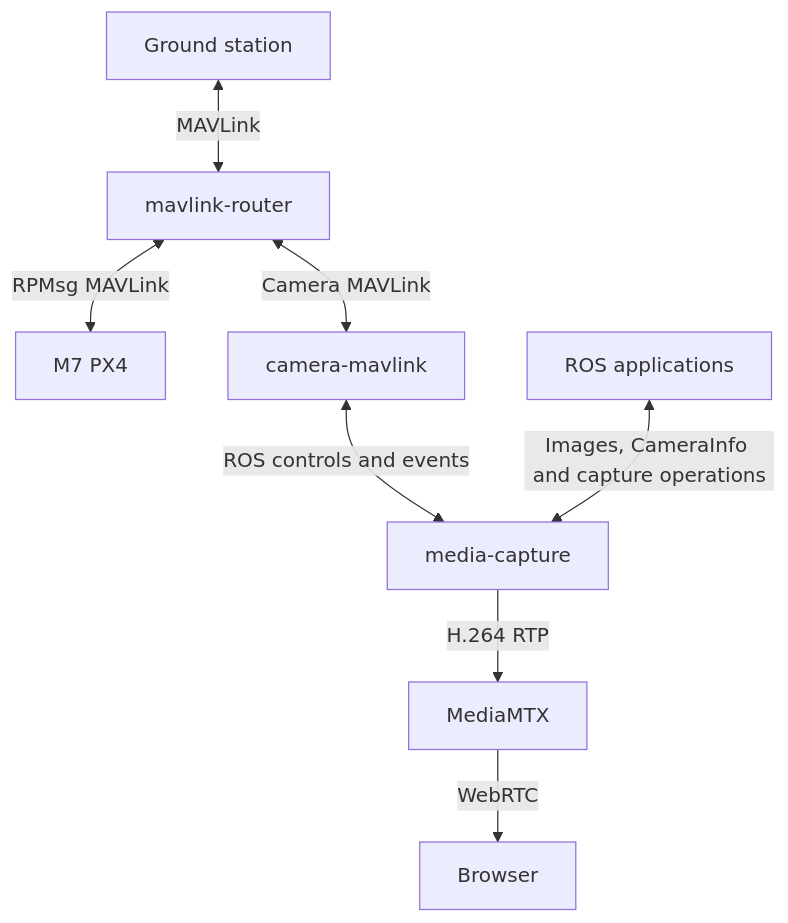
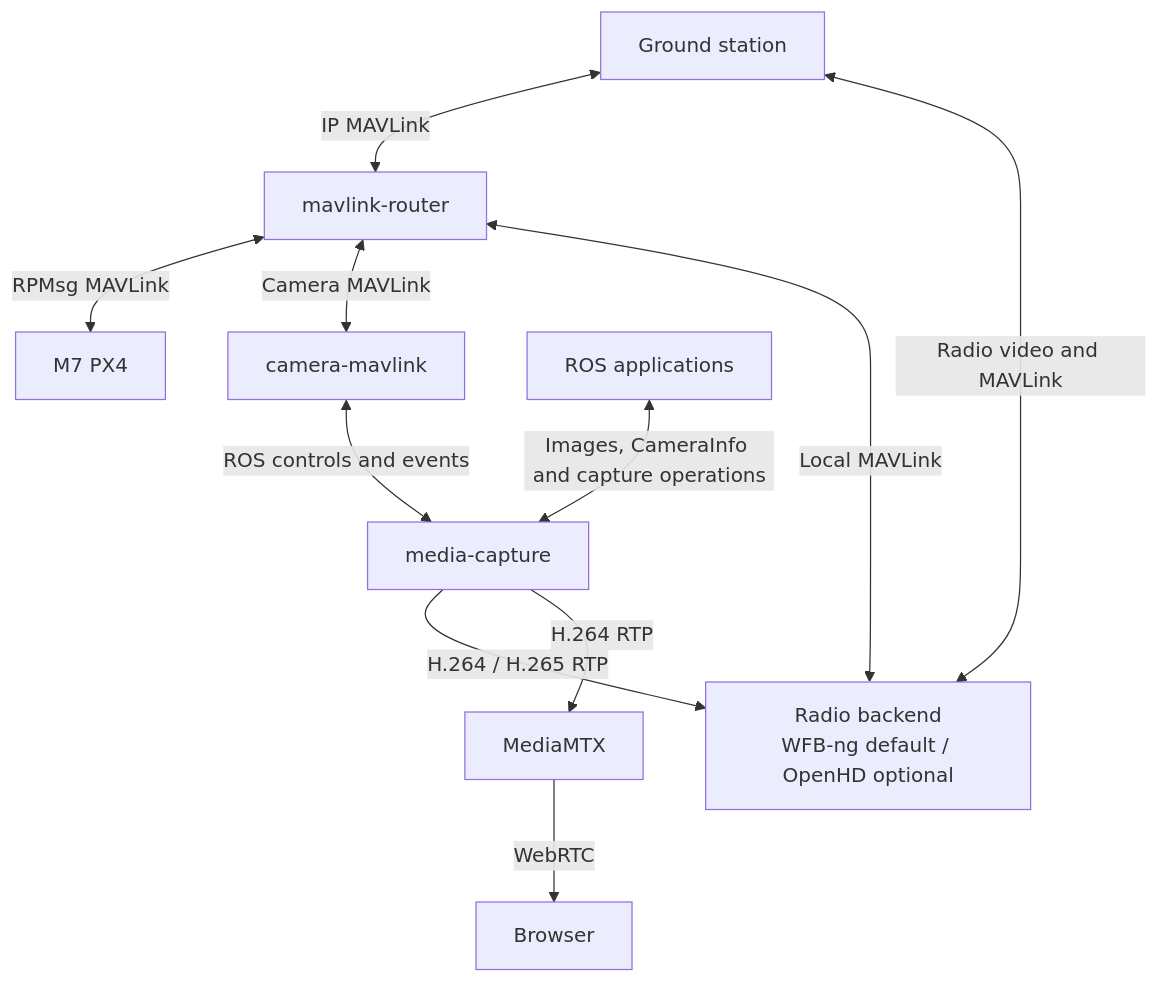
The second of 4 diagrams in src/README.md (Swamy-BV/meta-raven), drawn with Mermaid before and after one commit. The commit also changed 18 other files, not shown here.

First line of the commit message:
Add optional OpenHD video and telemetry backend

````diff
--- a/src/README.md
+++ b/src/README.md
@@ -25,19 +25,23 @@
 ```mermaid
 flowchart TD
     ground["Ground station"]
     router["mavlink-router"]
+    radio["Radio backend<br/>WFB-ng default / OpenHD optional"]
     px4["M7 PX4"]
     camera["camera-mavlink"]
     capture["media-capture"]
     ros["ROS applications"]
     preview["MediaMTX"]
     browser["Browser"]
 
-    ground <-->|MAVLink| router
+    ground <-->|IP MAVLink| router
+    ground <-->|Radio video and MAVLink| radio
+    radio <-->|Local MAVLink| router
+    capture -->|H.264 / H.265 RTP| radio
     router <-->|RPMsg MAVLink| px4
     router <-->|Camera MAVLink| camera
     camera <-->|ROS controls and events| capture
     ros <-->|Images, CameraInfo and capture operations| capture
     capture -->|H.264 RTP| preview
     preview -->|WebRTC| browser
 ```
````
